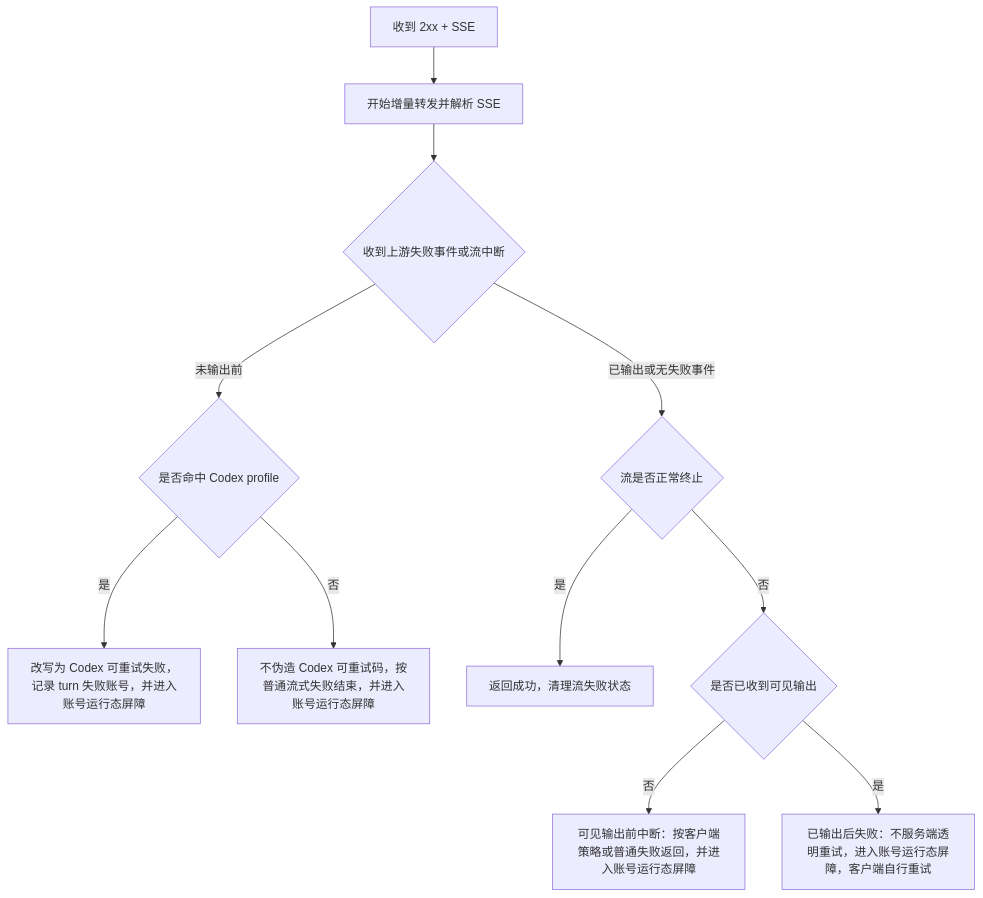
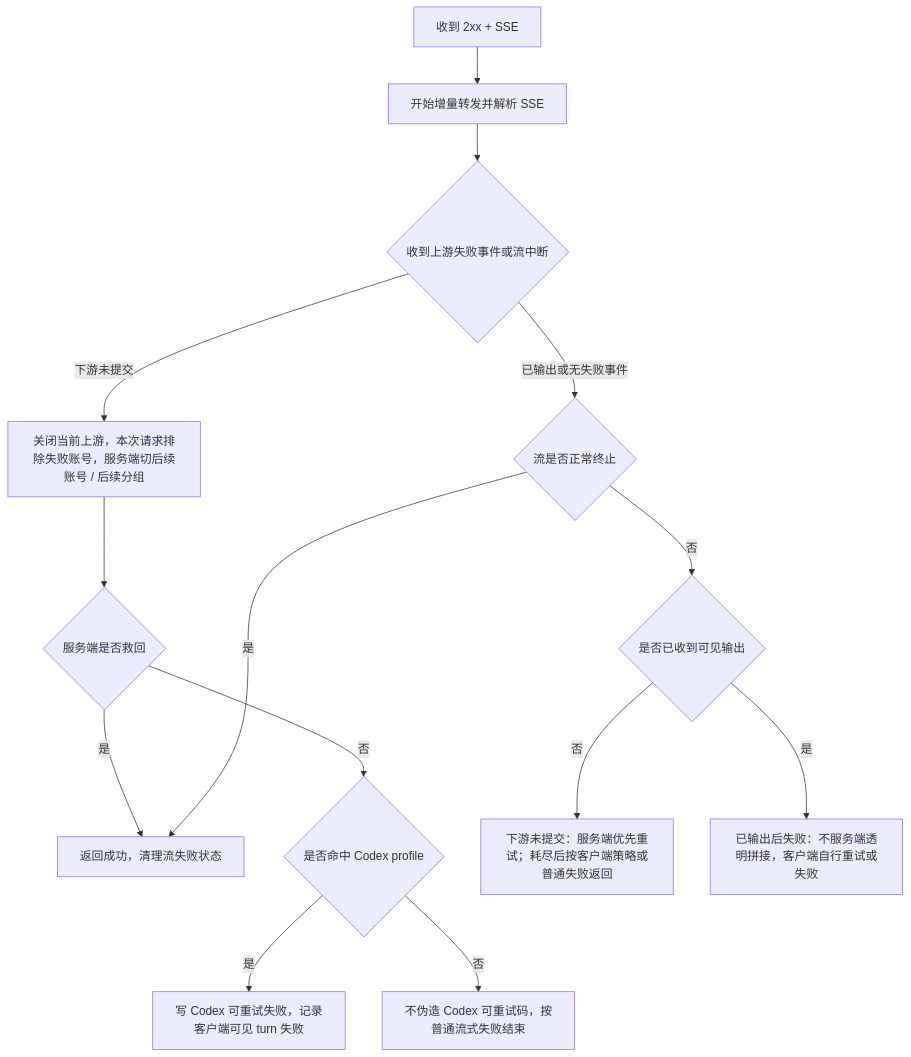
Before and after one commit to huanmin123/juhe-ai: the second of 3 diagrams in docs/functions/网关异常重试与兜底策略.md, drawn with Mermaid. The commit also changed other lines of this file and 92 other files, not shown here.

````diff
--- a/docs/functions/网关异常重试与兜底策略.md
+++ b/docs/functions/网关异常重试与兜底策略.md
@@ -140,13 +140,16 @@
 ```mermaid
 flowchart TD
   A["收到 2xx + SSE"] --> B["开始增量转发并解析 SSE"]
   B --> C{"收到上游失败事件或流中断"}
-  C -- "未输出前" --> D{"是否命中 Codex profile"}
-  D -- "是" --> M["改写为 Codex 可重试失败，记录 turn 失败账号，并进入账号运行态屏障"]
-  D -- "否" --> N["不伪造 Codex 可重试码，按普通流式失败结束，并进入账号运行态屏障"]
+  C -- "下游未提交" --> D["关闭当前上游，本次请求排除失败账号，服务端切后续账号 / 后续分组"]
+  D --> M{"服务端是否救回"}
+  M -- "是" --> F["返回后续账号成功流，客户端无感"]
+  M -- "否" --> N{"是否命中 Codex profile"}
+  N -- "是" --> O["写 Codex 可重试失败，记录客户端可见 turn 失败"]
+  N -- "否" --> P["不伪造 Codex 可重试码，按普通流式失败结束"]
   C -- "已输出或无失败事件" --> E{"流是否正常终止"}
   E -- "是" --> F["返回成功，清理流失败状态"]
   E -- "否" --> G{"是否已收到可见输出"}
-  G -- "否" --> H["可见输出前中断：按客户端策略或普通失败返回，并进入账号运行态屏障"]
-  G -- "是" --> I["已输出后失败：不服务端透明重试，进入账号运行态屏障，客户端自行重试"]
+  G -- "否" --> H["下游未提交：服务端优先重试；耗尽后按客户端策略或普通失败返回"]
+  G -- "是" --> I["已输出后失败：不服务端透明拼接，客户端自行重试或失败"]
 ```
````
